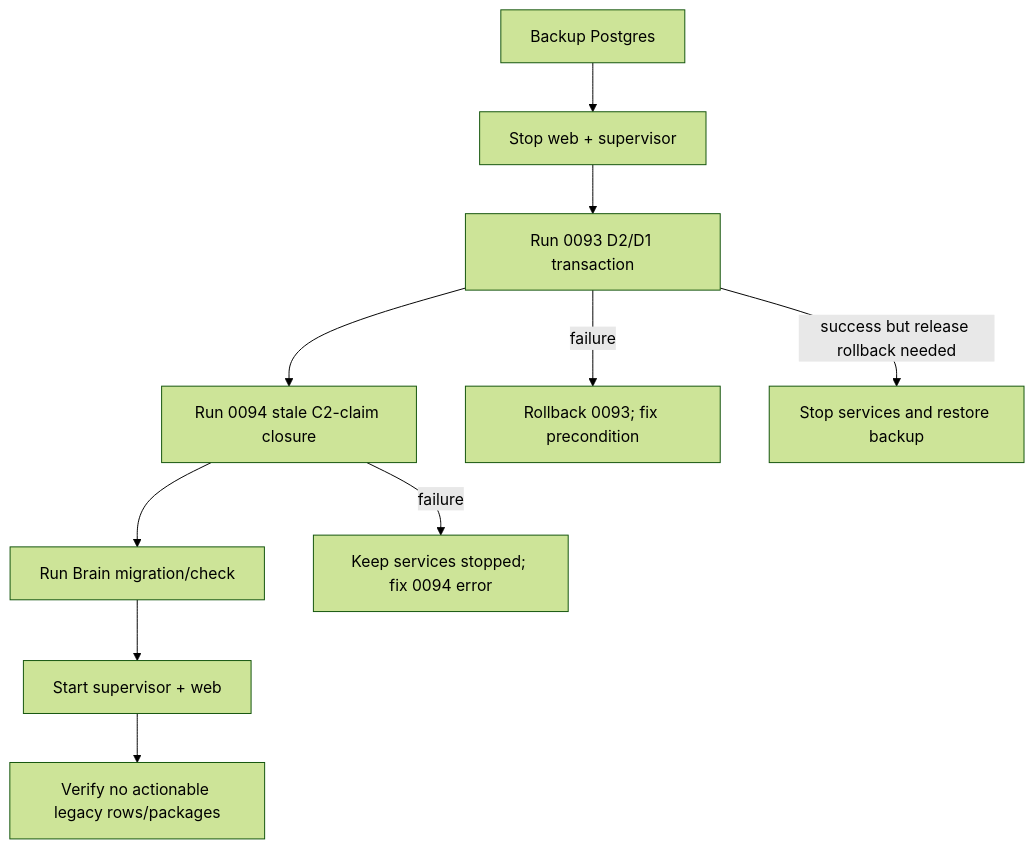
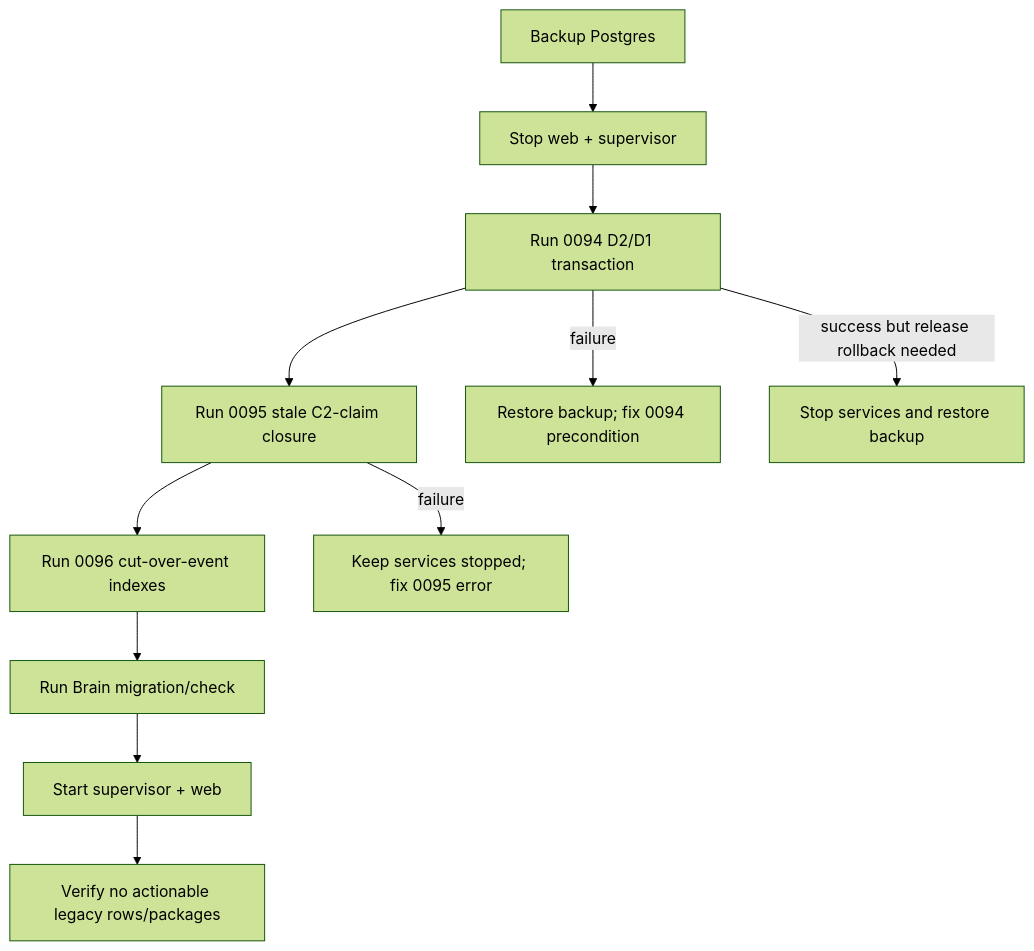
One commit to maister-dev/maister changed the fourth of 4 diagrams in .ai-factory/specs/feature-postgres-graph-only-cutover.md. Above: the diagram before and after it, drawn with Mermaid (forest theme). The commit also changed other lines of this file and 18 other files, not shown here.

Commit message:
docs(m43): reconcile graph-only cutover guidance

````diff
--- a/.ai-factory/specs/feature-postgres-graph-only-cutover.md
+++ b/.ai-factory/specs/feature-postgres-graph-only-cutover.md
@@ -217,12 +217,13 @@
 ```mermaid
 flowchart TD
   B["Backup Postgres"] --> S["Stop web + supervisor"]
-  S --> Q["Run 0093 D2/D1 transaction"]
-  Q --> C["Run 0094 stale C2-claim closure"]
-  C --> N["Run Brain migration/check"]
+  S --> Q["Run 0094 D2/D1 transaction"]
+  Q --> C["Run 0095 stale C2-claim closure"]
+  C --> I["Run 0096 cut-over-event indexes"]
+  I --> N["Run Brain migration/check"]
   N --> R["Start supervisor + web"]
   R --> V["Verify no actionable legacy rows/packages"]
-  Q -->|failure| T["Rollback 0093; fix precondition"]
-  C -->|failure| U["Keep services stopped; fix 0094 error"]
+  Q -->|failure| T["Restore backup; fix 0094 precondition"]
+  C -->|failure| U["Keep services stopped; fix 0095 error"]
   Q -->|success but release rollback needed| Z["Stop services and restore backup"]
 ```
````
